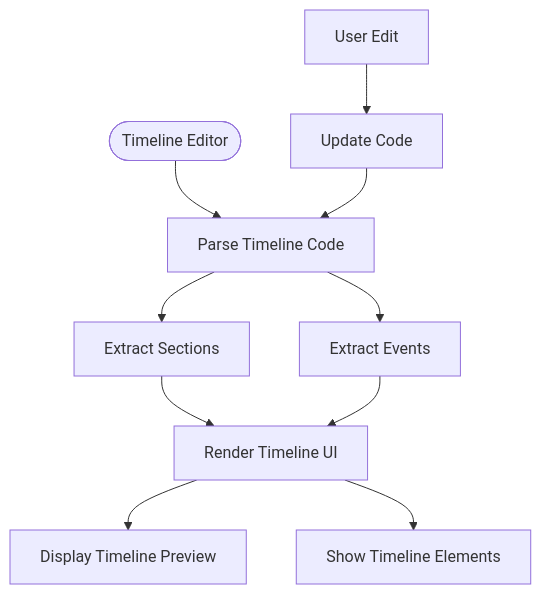
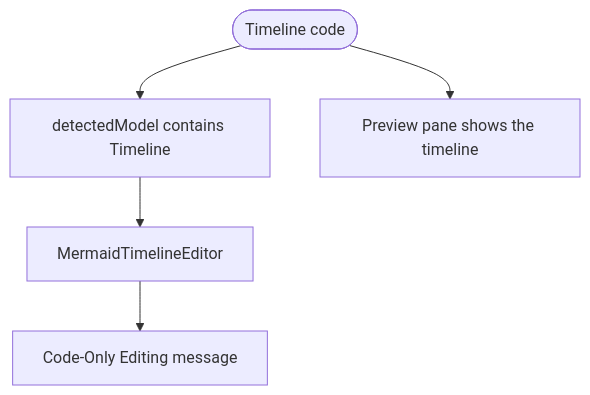
The third of 10 diagrams in .qoder/repowiki/en/content/Diagram Types and Formats/Mermaid Diagrams/Advanced Chart Types.md (ongchonghian/universal-diagram-editor), drawn with Mermaid before and after one commit. The commit also changed other lines of this file and 31 other files, not shown here.

````diff
--- a/.qoder/repowiki/en/content/Diagram Types and Formats/Mermaid Diagrams/Advanced Chart Types.md
+++ b/.qoder/repowiki/en/content/Diagram Types and Formats/Mermaid Diagrams/Advanced Chart Types.md
@@ -151,12 +139,7 @@
 ```mermaid
 flowchart TD
-Start(["Timeline Editor"]) --> Parse["Parse Timeline Code"]
-Parse --> Sections["Extract Sections"]
-Parse --> Events["Extract Events"]
-Sections --> UI["Render Timeline UI"]
-Events --> UI
-UI --> Preview["Display Timeline Preview"]
-UI --> Sidebar["Show Timeline Elements"]
-Edit["User Edit"] --> Update["Update Code"]
-Update --> Parse
+Start(["Timeline code"]) --> Detect["detectedModel contains Timeline"]
+Detect --> Placeholder["MermaidTimelineEditor"]
+Placeholder --> Msg["Code-Only Editing message"]
+Start --> Preview["Preview pane shows the timeline"]
 ```
````
